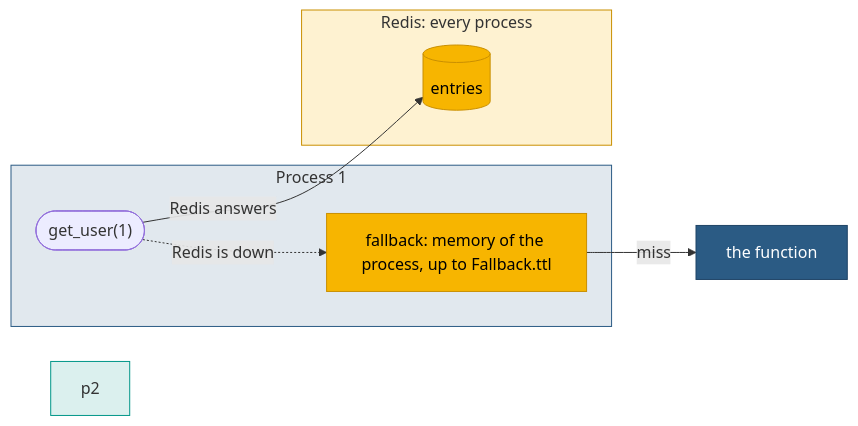
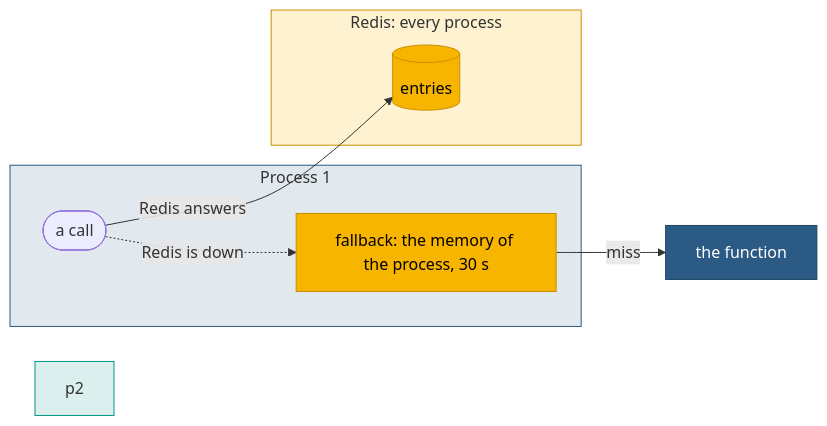
Before and after one commit to eugeneliukindev/pashe: the diagram in docs/guides/failures/failing-backend.md, drawn with Mermaid. The commit also changed 9 other files, not shown here.

Commit message:
docs: show pip install and the badges of the checks in the head, keep the diagrams that show order, branches and time, and raise the bar the examples cover

````diff
--- a/docs/guides/failures/failing-backend.md
+++ b/docs/guides/failures/failing-backend.md
@@ -19,21 +19,21 @@
 ```mermaid
 flowchart LR
     subgraph p1["Process 1"]
-        request(["get_user(1)"])
-        fallback["fallback: memory of the process, up to Fallback.ttl"]
+        request(["a call"])
+        fallback["fallback: the memory of the process, 30 s"]
     end
     subgraph shared["Redis: every process"]
         redis[("entries")]
     end
     source["the function"]
     request -- "Redis answers" --> redis
     request -. "Redis is down" .-> fallback
     fallback -- "miss" --> source
     classDef fromCache fill:#f7b500,color:#000000,stroke:#c98f00
     classDef fromSource fill:#2b5b84,color:#ffffff,stroke:#1f4466
     class redis,fallback fromCache
     class source fromSource
     style p1 fill:#2b5b8424,stroke:#2b5b84
     style p2 fill:#00968824,stroke:#009688
     style shared fill:#f7b5002e,stroke:#c98f00
 ```
````
